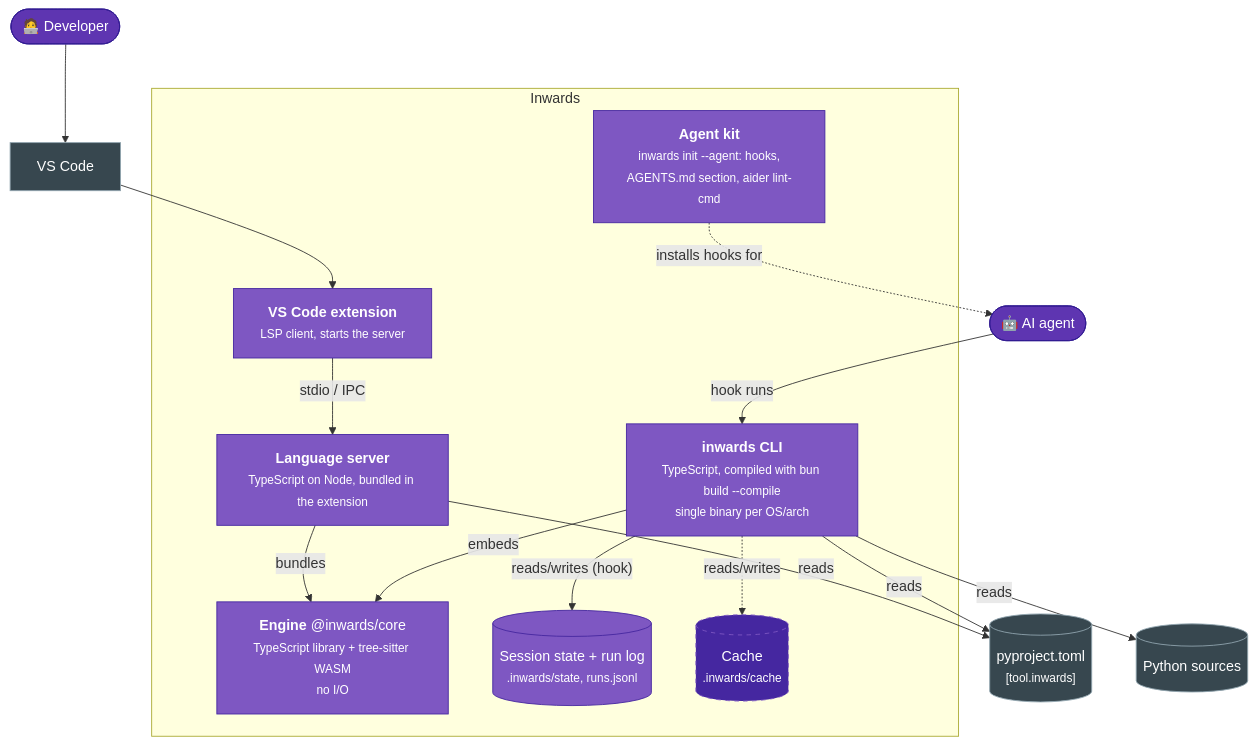
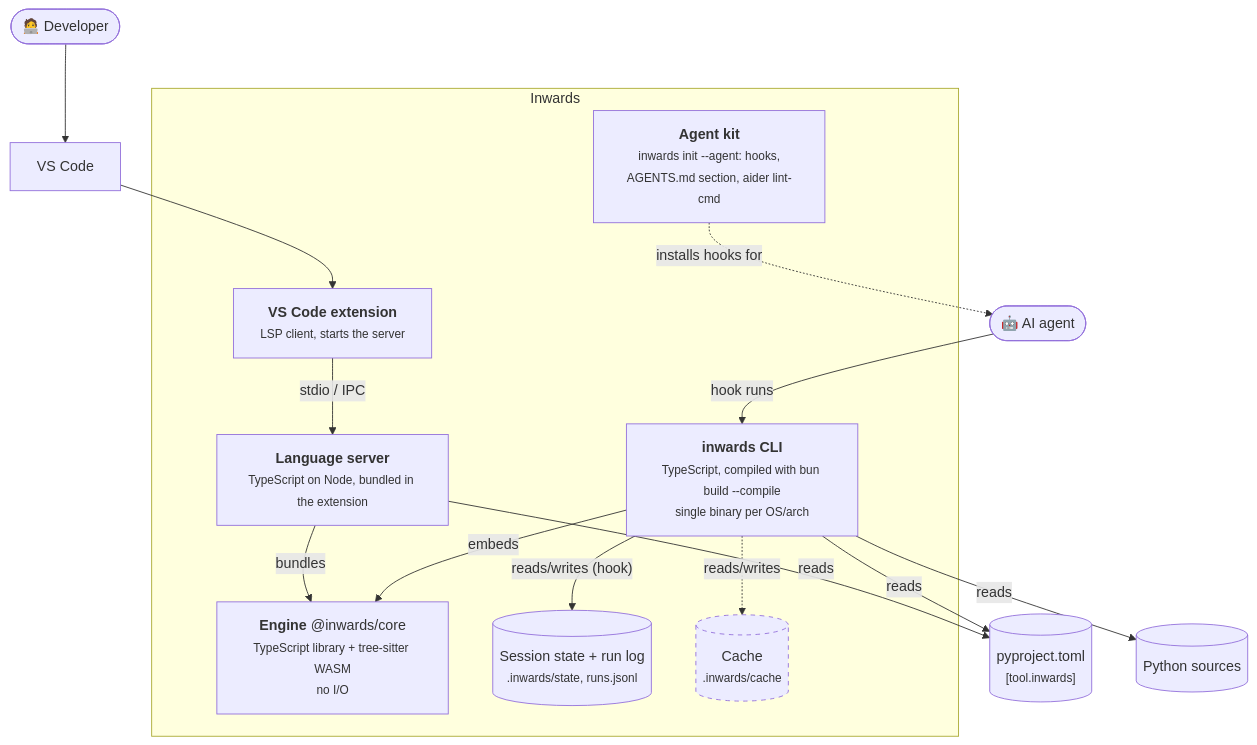
The second of 6 diagrams in docs/chapters/03-Architecture-C4.md (SirCypkowskyy/inwards), drawn with Mermaid before and after one commit. The commit also changed other lines of this file, not shown here.

````diff
--- a/docs/chapters/03-Architecture-C4.md
+++ b/docs/chapters/03-Architecture-C4.md
@@ -52,40 +46,33 @@
 ```mermaid
 flowchart TB
     agent(["🤖 AI agent"])
     dev(["🧑‍💻 Developer"])
 
     subgraph dist["Inwards"]
         cli["<b>inwards CLI</b><br/><small>TypeScript, compiled with bun build --compile<br/>single binary per OS/arch</small>"]
         lsp["<b>Language server</b><br/><small>TypeScript on Node, bundled in the extension</small>"]
         ext["<b>VS Code extension</b><br/><small>LSP client, starts the server</small>"]
         core["<b>Engine</b> @inwards/core<br/><small>TypeScript library + tree-sitter WASM<br/>no I/O</small>"]
         hooks["<b>Agent kit</b><br/><small>inwards init --agent: hooks,<br/>AGENTS.md section, aider lint-cmd</small>"]
         state[("Session state + run log<br/><small>.inwards/state, runs.jsonl</small>")]
         cache[("Cache<br/><small>.inwards/cache</small>")]
     end
 
     config[("pyproject.toml<br/><small>[tool.inwards]</small>")]
     src[("Python sources")]
     vscode["VS Code"]
 
     agent -- "hook runs" --> cli
     hooks -. "installs hooks for" .-> agent
     dev --> vscode --> ext -- "stdio / IPC" --> lsp
     cli -- "embeds" --> core
     lsp -- "bundles" --> core
     cli -- "reads" --> config
     cli -- "reads" --> src
     lsp -- "reads" --> config
     cli -- "reads/writes (hook)" --> state
     cli -. "reads/writes" .-> cache
 
-    classDef person fill:#5e35b1,color:#fff,stroke:#311b92
-    classDef container fill:#7e57c2,color:#fff,stroke:#4527a0
-    classDef planned fill:#4527a0,color:#fff,stroke:#7e57c2,stroke-dasharray:5 5
-    classDef ext fill:#37474f,color:#fff,stroke:#90a4ae
-    class agent,dev person
-    class cli,lsp,ext,core container
-    class hooks,state container
+    classDef planned stroke-dasharray:5 5
     class cache planned
-    class config,src,vscode ext
 ```
````
